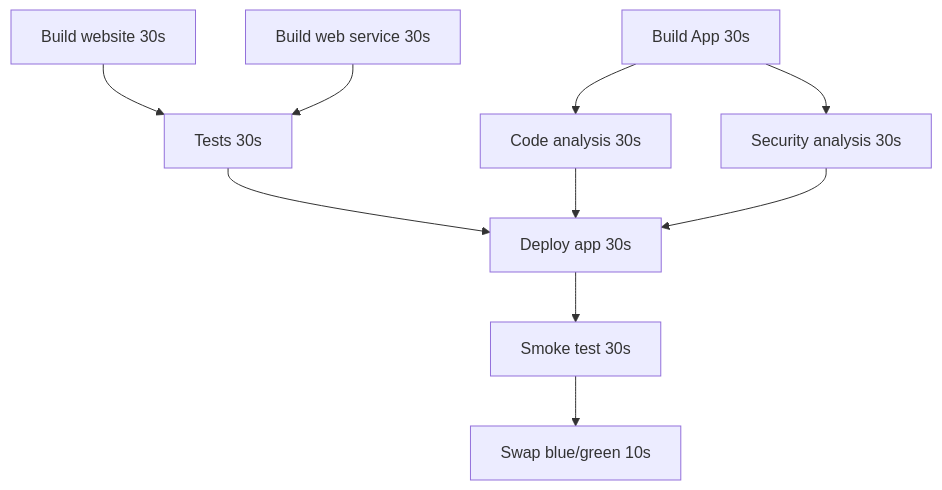
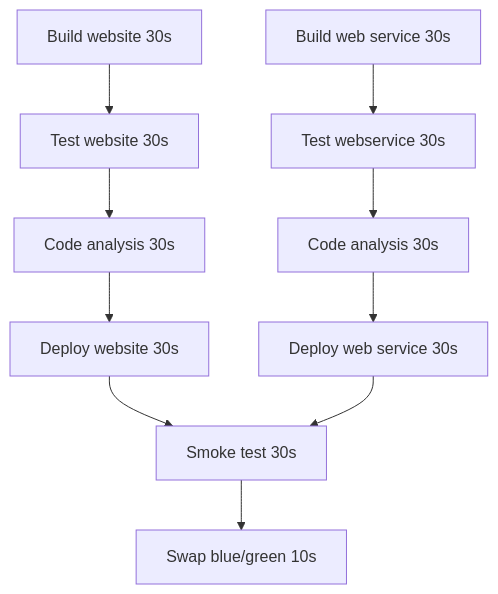
The second of 2 diagrams in README.md (samsmithnz/ParallelPipelinesDemo), drawn with Mermaid before and after one commit.

````diff
--- a/README.md
+++ b/README.md
@@ -11,9 +11,6 @@
 ```mermaid
   graph TD;
-      buildweb[Build website 30s]-->tests[Tests 30s];
-      buildwebservice[Build web service 30s]-->tests[Tests 30s]-->deployApp[Deploy app 30s];
-      buildApp[Build App 30s]-->codeAnalysis[Code analysis 30s]-->deployApp[Deploy app 30s];
-      buildApp[Build App 30s]-->securityAnalysis[Security analysis 30s]-->deployApp[Deploy app 30s];
-      deployApp[Deploy app 30s]-->smoke[Smoke test 30s];
+      buildweb[Build website 30s]-->testWebsite[Test website 30s]-->codeAnalysisWebsite[Code analysis 30s]-->deployWebsite[Deploy website 30s]-->smoke[Smoke test 30s];
+      buildwebservice[Build web service 30s]-->testsWebservice[Test webservice 30s]-->codeAnalysisWebservice[Code analysis 30s]-->deployWebService[Deploy web service 30s]-->smoke[Smoke test 30s];
       smoke[Smoke test 30s]-->swap[Swap blue/green 10s];
 ```
````
